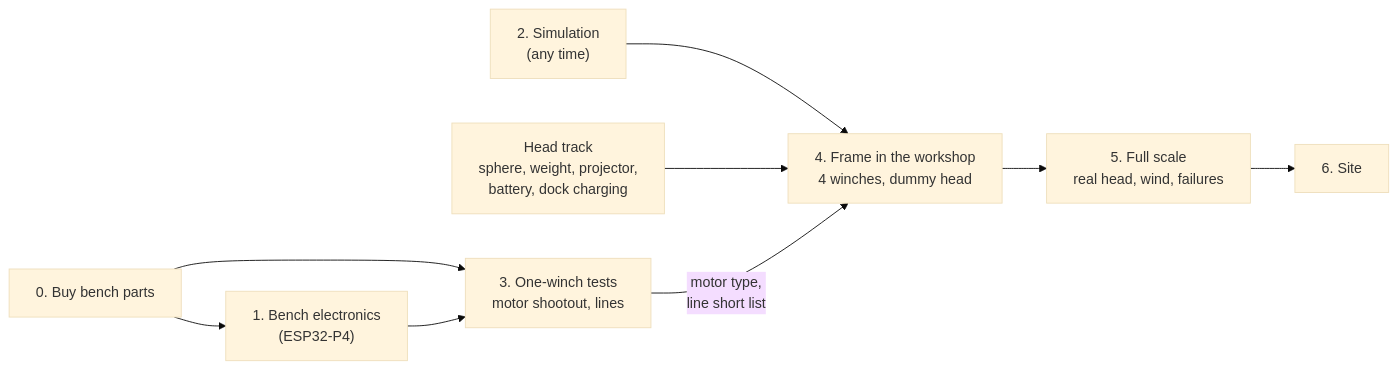
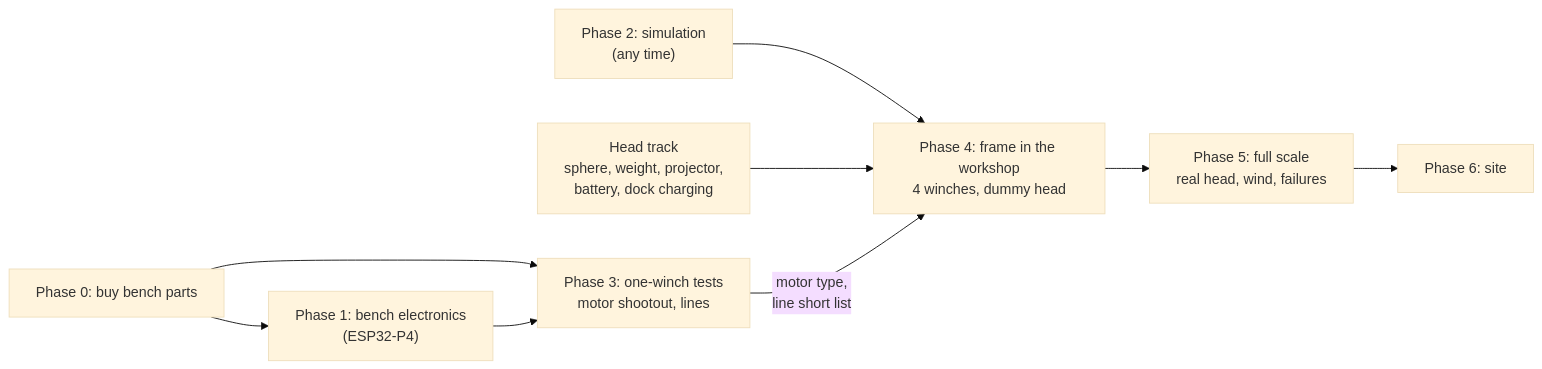
The third of 3 diagrams in docs/plan.md (ncory/FlyingLeota), drawn with Mermaid (base theme) before and after one commit. The commit also changed 1 other file, not shown here.

Commit message:
Add a shareable PDF of the plan
Also rename the plan-of-work diagram's nodes so Mermaid doesn't read
"0." labels as Markdown lists.

Claude-Session: https://claude.ai/code/session_01Fbq2JE478xsDVCxUbTphwm

````diff
--- a/docs/plan.md
+++ b/docs/plan.md
@@ -769,10 +769,10 @@
 ```mermaid
 flowchart LR
-  P0["0. Buy bench parts"] --> P1["1. Bench electronics<br/>(ESP32-P4)"]
-  P0 --> P3["3. One-winch tests<br/>motor shootout, lines"]
+  P0["Phase 0: buy bench parts"] --> P1["Phase 1: bench electronics<br/>(ESP32-P4)"]
+  P0 --> P3["Phase 3: one-winch tests<br/>motor shootout, lines"]
   P1 --> P3
-  P2["2. Simulation<br/>(any time)"] --> P4
+  P2["Phase 2: simulation<br/>(any time)"] --> P4
   H["Head track<br/>sphere, weight, projector,<br/>battery, dock charging"] --> P4
-  P3 -->|"motor type,<br/>line short list"| P4["4. Frame in the workshop<br/>4 winches, dummy head"]
-  P4 --> P5["5. Full scale<br/>real head, wind, failures"] --> P6["6. Site"]
+  P3 -->|"motor type,<br/>line short list"| P4["Phase 4: frame in the workshop<br/>4 winches, dummy head"]
+  P4 --> P5["Phase 5: full scale<br/>real head, wind, failures"] --> P6["Phase 6: site"]
 ```
````
